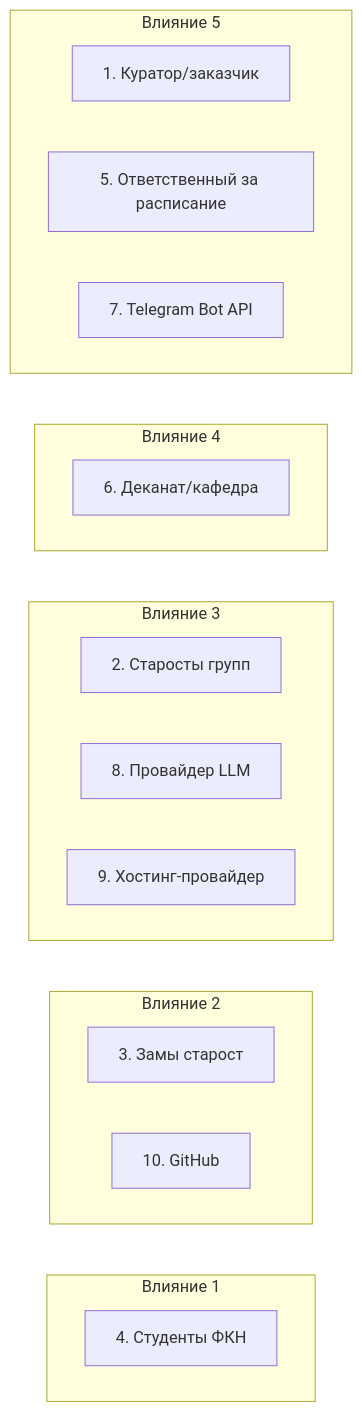
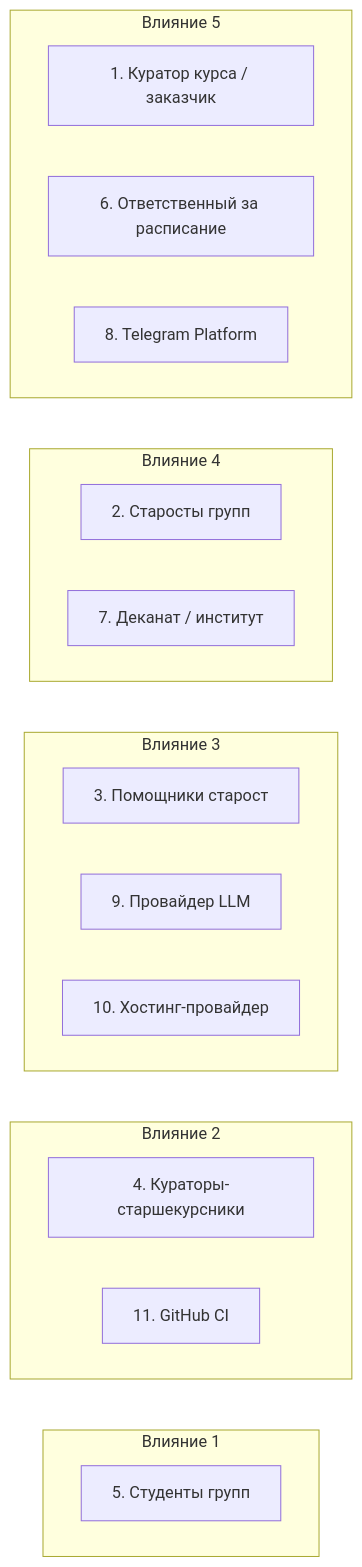
The second of 3 diagrams in docs/stage1/04-реестр-заинтересованных-сторон.md (Ivansups/Zeta), drawn with Mermaid before and after one commit. The commit also changed other lines of this file and 25 other files, not shown here.

````diff
--- a/docs/stage1/04-реестр-заинтересованных-сторон.md
+++ b/docs/stage1/04-реестр-заинтересованных-сторон.md
@@ -64,29 +59,30 @@
 ```mermaid
 graph TD
     subgraph I5["Влияние 5"]
         direction LR
-        A1[1. Куратор/заказчик]
-        A5[5. Ответственный за расписание]
-        A7[7. Telegram Bot API]
+        A1[1. Куратор курса / заказчик]
+        A6[6. Ответственный за расписание]
+        A8[8. Telegram Platform]
     end
     subgraph I4["Влияние 4"]
         direction LR
-        A6[6. Деканат/кафедра]
+        A2[2. Старосты групп]
+        A7[7. Деканат / институт]
     end
     subgraph I3["Влияние 3"]
         direction LR
-        A2[2. Старосты групп]
-        A8[8. Провайдер LLM]
-        A9[9. Хостинг-провайдер]
+        A3[3. Помощники старост]
+        A9[9. Провайдер LLM]
+        A10[10. Хостинг-провайдер]
     end
     subgraph I2["Влияние 2"]
         direction LR
-        A3[3. Замы старост]
-        A10[10. GitHub]
+        A4[4. Кураторы-старшекурсники]
+        A11[11. GitHub CI]
     end
     subgraph I1["Влияние 1"]
         direction LR
-        A4[4. Студенты ФКН]
+        A5[5. Студенты групп]
     end
     I5 ~~~ I4 ~~~ I3 ~~~ I2 ~~~ I1
 ```
````
